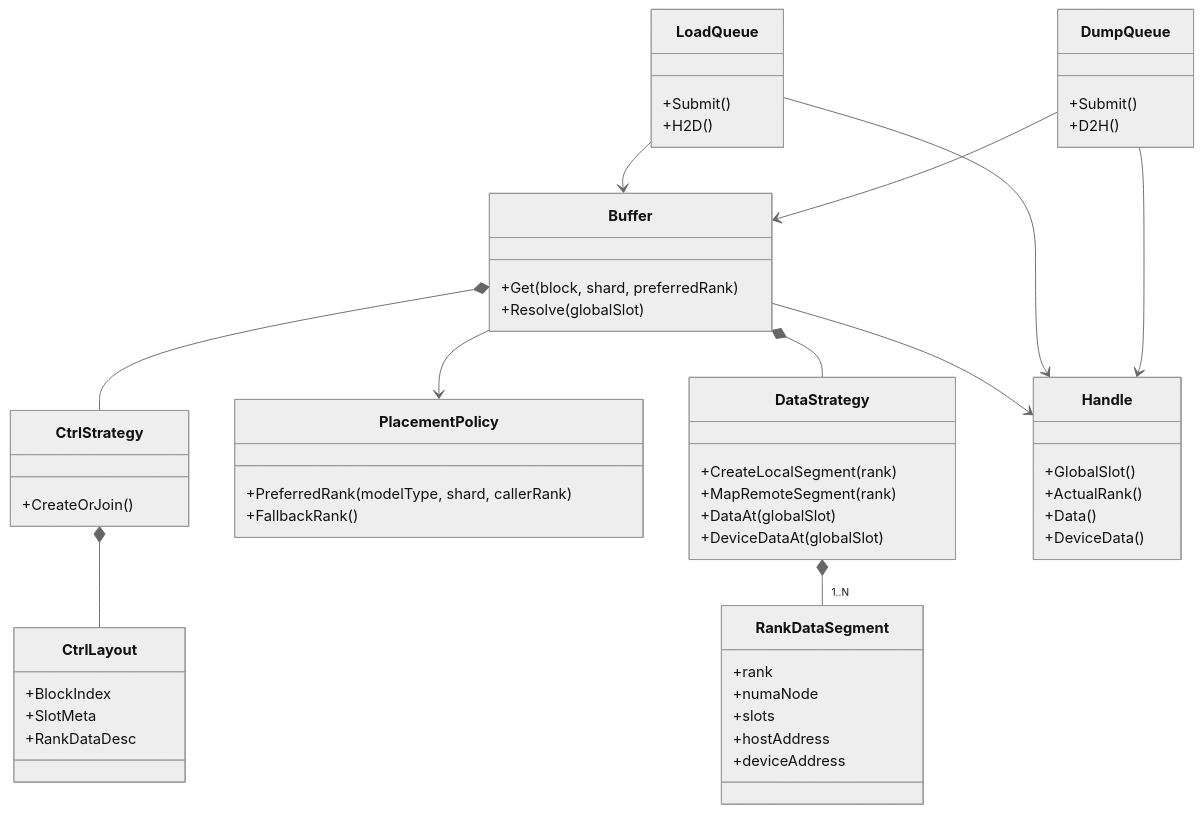
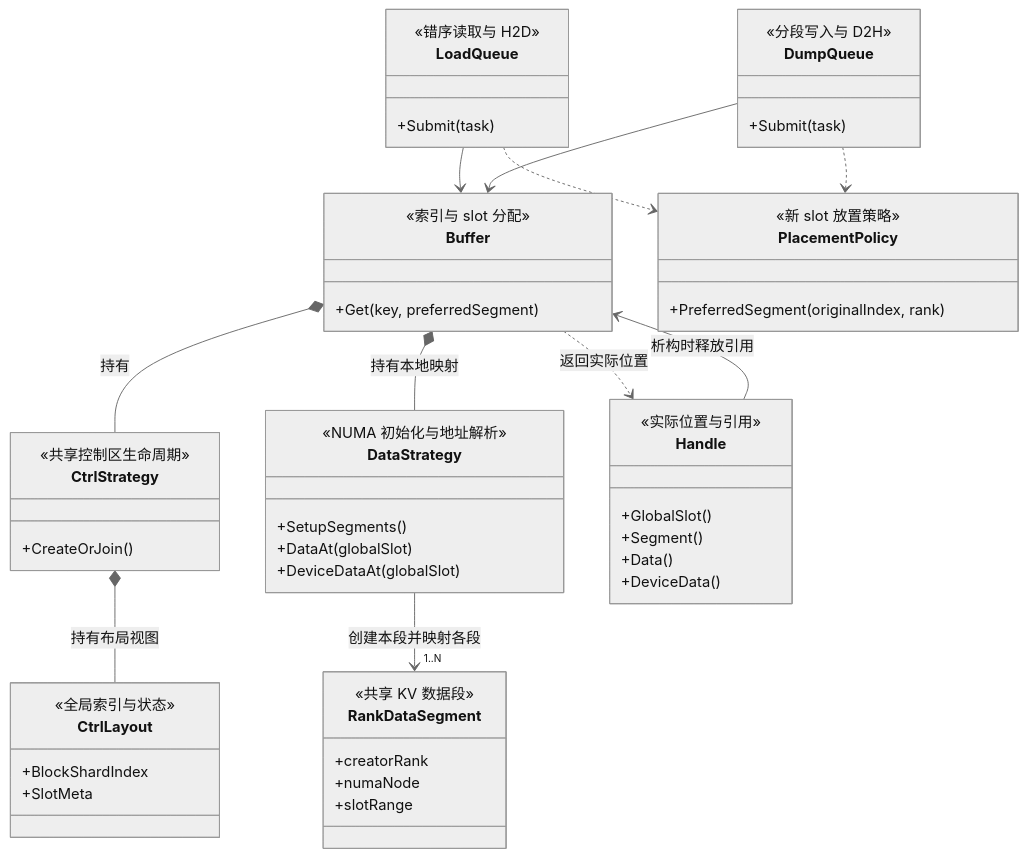
One commit to NaganooMei/unified-cache-management changed the first of 2 diagrams in docs/source/developer-guide/cache_rank_partitioned_memory_bandwidth.md. Above: the diagram before and after it, drawn with Mermaid (neutral theme). The commit also changed other lines of this file and 1 other file, not shown here.

Commit message:
docs: refine cache design narrative and diagrams

```diff
--- a/docs/source/developer-guide/cache_rank_partitioned_memory_bandwidth.md
+++ b/docs/source/developer-guide/cache_rank_partitioned_memory_bandwidth.md
@@ -70,65 +60,58 @@
 ~~~mermaid
 classDiagram
     class Buffer {
-        +Get(block, shard, preferredRank)
-        +Resolve(globalSlot)
+        <<索引与 slot 分配>>
+        +Get(key, preferredSegment)
     }
-
     class CtrlStrategy {
+        <<共享控制区生命周期>>
         +CreateOrJoin()
     }
-
     class CtrlLayout {
-        +BlockIndex
+        <<全局索引与状态>>
+        +BlockShardIndex
         +SlotMeta
-        +RankDataDesc
     }
-
     class PlacementPolicy {
-        +PreferredRank(modelType, shard, callerRank)
-        +FallbackRank()
+        <<新 slot 放置策略>>
+        +PreferredSegment(originalIndex, rank)
     }
-
     class DataStrategy {
-        +CreateLocalSegment(rank)
-        +MapRemoteSegment(rank)
+        <<NUMA 初始化与地址解析>>
+        +SetupSegments()
         +DataAt(globalSlot)
         +DeviceDataAt(globalSlot)
     }
-
     class RankDataSegment {
-        +rank
+        <<共享 KV 数据段>>
+        +creatorRank
         +numaNode
-        +slots
-        +hostAddress
-        +deviceAddress
+        +slotRange
     }
-
     class Handle {
+        <<实际位置与引用>>
         +GlobalSlot()
-        +ActualRank()
+        +Segment()
         +Data()
         +DeviceData()
     }
-
     class LoadQueue {
-        +Submit()
-        +H2D()
+        <<错序读取与 H2D>>
+        +Submit(task)
+    }
+    class DumpQueue {
+        <<分段写入与 D2H>>
+        +Submit(task)
     }
 
-    class DumpQueue {
-        +Submit()
-        +D2H()
-    }
-
-    Buffer *-- CtrlStrategy
-    CtrlStrategy *-- CtrlLayout
-    Buffer --> PlacementPolicy
-    Buffer *-- DataStrategy
-    DataStrategy *-- "1..N" RankDataSegment
-    Buffer --> Handle
+    LoadQueue ..> PlacementPolicy
+    DumpQueue ..> PlacementPolicy
     LoadQueue --> Buffer
     DumpQueue --> Buffer
-    LoadQueue --> Handle
-    DumpQueue --> Handle
+    Buffer *-- CtrlStrategy : 持有
+    CtrlStrategy *-- CtrlLayout : 持有布局视图
+    Buffer *-- DataStrategy : 持有本地映射
+    DataStrategy --> "1..N" RankDataSegment : 创建本段并映射各段
+    Buffer ..> Handle : 返回实际位置
+    Handle --> Buffer : 析构时释放引用
 ~~~
```
